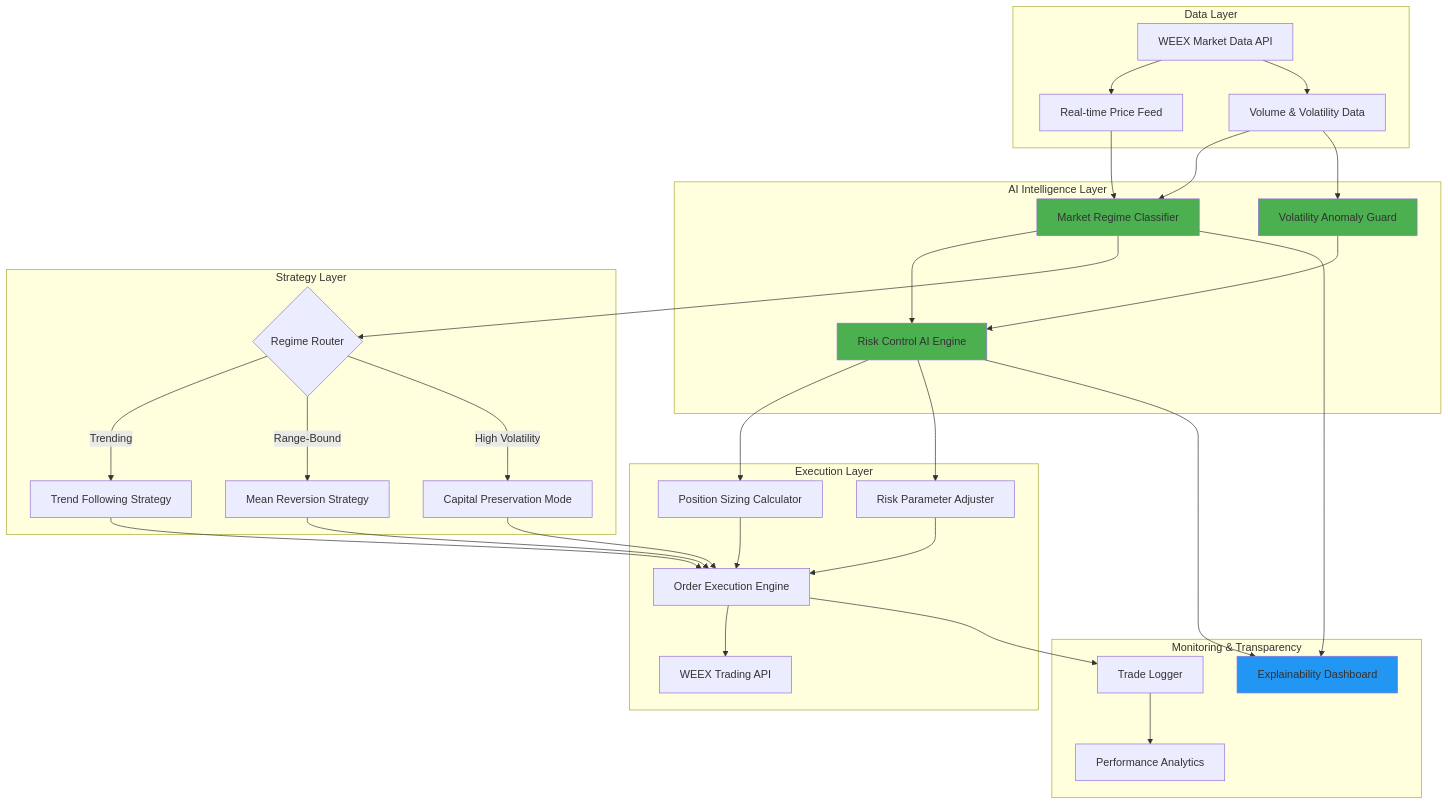
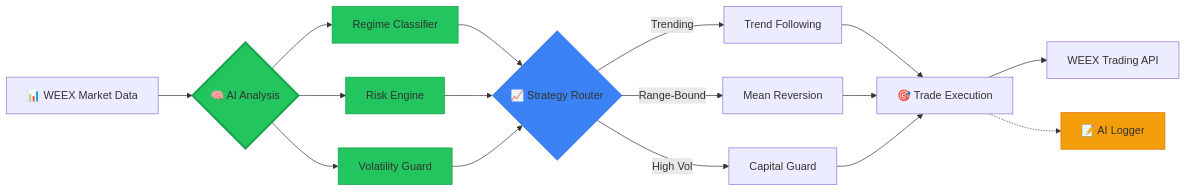
The diagram in README.md (vmmuthu31/RegimeGuard), drawn with Mermaid before and after one commit. The commit also changed other lines of this file, not shown here.

Commit message:
feat: update system architecture diagram and team member roles in README

````diff
--- a/README.md
+++ b/README.md
@@ -68,64 +68,26 @@
 ```mermaid
-graph TB
-    subgraph "Data Layer"
-        A[WEEX Market Data API]
-        A --> B[Real-time Price Feed]
-        A --> C[Volume & Volatility Data]
-    end
-
-    subgraph "AI Intelligence Layer"
-        D[Market Regime Classifier]
-        E[Risk Control AI Engine]
-        F[Volatility Anomaly Guard]
-
-        B --> D
-        C --> D
-        D --> E
-        C --> F
-        F --> E
-    end
-
-    subgraph "Strategy Layer"
-        G{Regime Router}
-        H[Trend Following Strategy]
-        I[Mean Reversion Strategy]
-        J[Capital Preservation Mode]
-
-        D --> G
-        G -->|Trending| H
-        G -->|Range-Bound| I
-        G -->|High Volatility| J
-    end
-
-    subgraph "Execution Layer"
-        K[Position Sizing Calculator]
-        L[Risk Parameter Adjuster]
-        M[Order Execution Engine]
-        N[WEEX Trading API]
-
-        E --> K
-        E --> L
-        H --> M
-        I --> M
-        J --> M
-        K --> M
-        L --> M
-        M --> N
-    end
-
-    subgraph "Monitoring & Transparency"
-        O[Trade Logger]
-        P[Performance Analytics]
-        Q[Explainability Dashboard]
-
-        M --> O
-        O --> P
-        E --> Q
-        D --> Q
-    end
-
-    style D fill:#4CAF50
-    style E fill:#4CAF50
-    style F fill:#4CAF50
-    style Q fill:#2196F3
+flowchart LR
+    A[📊 WEEX Market Data] --> B{🧠 AI Analysis}
+    
+    B --> C[Regime Classifier]
+    B --> D[Risk Engine]
+    B --> E[Volatility Guard]
+    
+    C & D & E --> F{📈 Strategy Router}
+    
+    F -->|Trending| G[Trend Following]
+    F -->|Range-Bound| H[Mean Reversion]
+    F -->|High Vol| I[Capital Guard]
+    
+    G & H & I --> J[🎯 Trade Execution]
+    J --> K[WEEX Trading API]
+    
+    J -.-> L[📝 AI Logger]
+    
+    style B fill:#22c55e,stroke:#16a34a,stroke-width:3px
+    style C fill:#22c55e,stroke:#16a34a
+    style D fill:#22c55e,stroke:#16a34a
+    style E fill:#22c55e,stroke:#16a34a
+    style F fill:#3b82f6,stroke:#2563eb
+    style L fill:#f59e0b,stroke:#d97706
 ```
````
